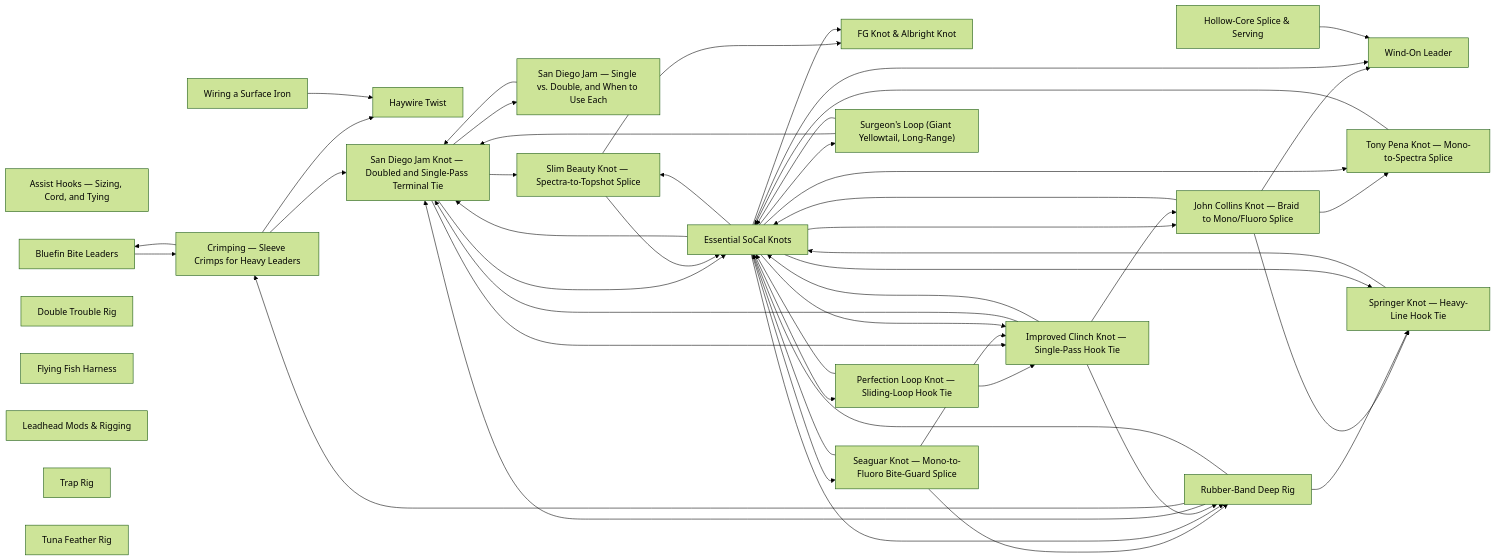
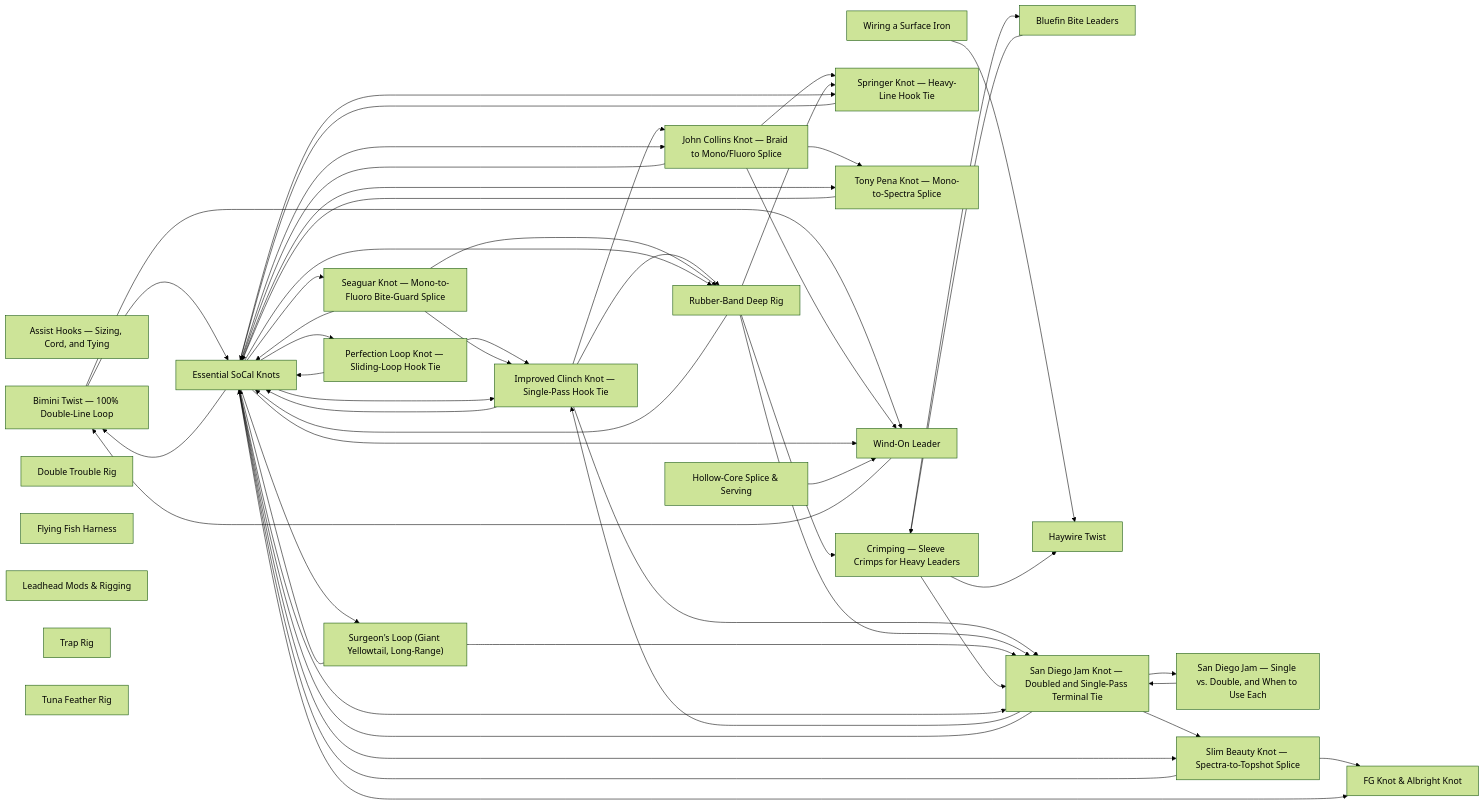
Before and after one commit to camchuckpete-max/Socal-Fishing-Knowledge: the diagram in rigging/README.md, drawn with Mermaid (forest theme). The commit also changed other lines of this file and 5 other files, not shown here.

````diff
--- a/rigging/README.md
+++ b/rigging/README.md
@@ -38,74 +39,79 @@
 ```mermaid
 graph LR
   n0["Assist Hooks — Sizing, Cord, and Tying"]
-  n1["Bluefin Bite Leaders"]
-  n2["Crimping — Sleeve Crimps for Heavy Leaders"]
-  n3["Double Trouble Rig"]
-  n4["Essential SoCal Knots"]
-  n5["FG Knot & Albright Knot"]
-  n6["Flying Fish Harness"]
-  n7["Haywire Twist"]
-  n8["Hollow-Core Splice & Serving"]
-  n9["Improved Clinch Knot — Single-Pass Hook Tie"]
-  n10["John Collins Knot — Braid to Mono/Fluoro Splice"]
-  n11["Leadhead Mods & Rigging"]
-  n12["Perfection Loop Knot — Sliding-Loop Hook Tie"]
-  n13["Rubber-Band Deep Rig"]
-  n14["San Diego Jam Knot — Doubled and Single-Pass Terminal Tie"]
-  n15["San Diego Jam — Single vs. Double, and When to Use Each"]
-  n16["Seaguar Knot — Mono-to-Fluoro Bite-Guard Splice"]
-  n17["Slim Beauty Knot — Spectra-to-Topshot Splice"]
-  n18["Springer Knot — Heavy-Line Hook Tie"]
-  n19["Surgeon's Loop (Giant Yellowtail, Long-Range)"]
-  n20["Tony Pena Knot — Mono-to-Spectra Splice"]
-  n21["Trap Rig"]
-  n22["Tuna Feather Rig"]
-  n23["Wind-On Leader"]
-  n24["Wiring a Surface Iron"]
-  n1 --> n2
-  n10 --> n18
-  n10 --> n20
-  n10 --> n23
-  n10 --> n4
-  n12 --> n4
-  n12 --> n9
-  n13 --> n14
-  n13 --> n18
-  n13 --> n2
-  n13 --> n4
+  n1["Bimini Twist — 100% Double-Line Loop"]
+  n2["Bluefin Bite Leaders"]
+  n3["Crimping — Sleeve Crimps for Heavy Leaders"]
+  n4["Double Trouble Rig"]
+  n5["Essential SoCal Knots"]
+  n6["FG Knot & Albright Knot"]
+  n7["Flying Fish Harness"]
+  n8["Haywire Twist"]
+  n9["Hollow-Core Splice & Serving"]
+  n10["Improved Clinch Knot — Single-Pass Hook Tie"]
+  n11["John Collins Knot — Braid to Mono/Fluoro Splice"]
+  n12["Leadhead Mods & Rigging"]
+  n13["Perfection Loop Knot — Sliding-Loop Hook Tie"]
+  n14["Rubber-Band Deep Rig"]
+  n15["San Diego Jam Knot — Doubled and Single-Pass Terminal Tie"]
+  n16["San Diego Jam — Single vs. Double, and When to Use Each"]
+  n17["Seaguar Knot — Mono-to-Fluoro Bite-Guard Splice"]
+  n18["Slim Beauty Knot — Spectra-to-Topshot Splice"]
+  n19["Springer Knot — Heavy-Line Hook Tie"]
+  n20["Surgeon's Loop (Giant Yellowtail, Long-Range)"]
+  n21["Tony Pena Knot — Mono-to-Spectra Splice"]
+  n22["Trap Rig"]
+  n23["Tuna Feather Rig"]
+  n24["Wind-On Leader"]
+  n25["Wiring a Surface Iron"]
+  n1 --> n24
+  n1 --> n5
+  n10 --> n11
+  n10 --> n14
+  n10 --> n15
+  n10 --> n5
+  n11 --> n19
+  n11 --> n21
+  n11 --> n24
+  n11 --> n5
+  n13 --> n10
+  n13 --> n5
   n14 --> n15
-  n14 --> n17
-  n14 --> n4
-  n14 --> n9
-  n15 --> n14
-  n16 --> n13
-  n16 --> n4
-  n16 --> n9
-  n17 --> n4
+  n14 --> n19
+  n14 --> n3
+  n14 --> n5
+  n15 --> n10
+  n15 --> n16
+  n15 --> n18
+  n15 --> n5
+  n16 --> n15
+  n17 --> n10
+  n17 --> n14
   n17 --> n5
-  n18 --> n4
-  n19 --> n14
-  n19 --> n4
-  n2 --> n1
-  n2 --> n14
-  n2 --> n7
-  n20 --> n4
-  n24 --> n7
-  n4 --> n10
-  n4 --> n12
-  n4 --> n13
-  n4 --> n14
-  n4 --> n16
-  n4 --> n17
-  n4 --> n18
-  n4 --> n19
-  n4 --> n20
-  n4 --> n23
-  n4 --> n5
-  n4 --> n9
-  n8 --> n23
-  n9 --> n10
-  n9 --> n13
-  n9 --> n14
-  n9 --> n4
+  n18 --> n5
+  n18 --> n6
+  n19 --> n5
+  n2 --> n3
+  n20 --> n15
+  n20 --> n5
+  n21 --> n5
+  n24 --> n1
+  n25 --> n8
+  n3 --> n15
+  n3 --> n2
+  n3 --> n8
+  n5 --> n1
+  n5 --> n10
+  n5 --> n11
+  n5 --> n13
+  n5 --> n14
+  n5 --> n15
+  n5 --> n17
+  n5 --> n18
+  n5 --> n19
+  n5 --> n20
+  n5 --> n21
+  n5 --> n24
+  n5 --> n6
+  n9 --> n24
 ```
````
